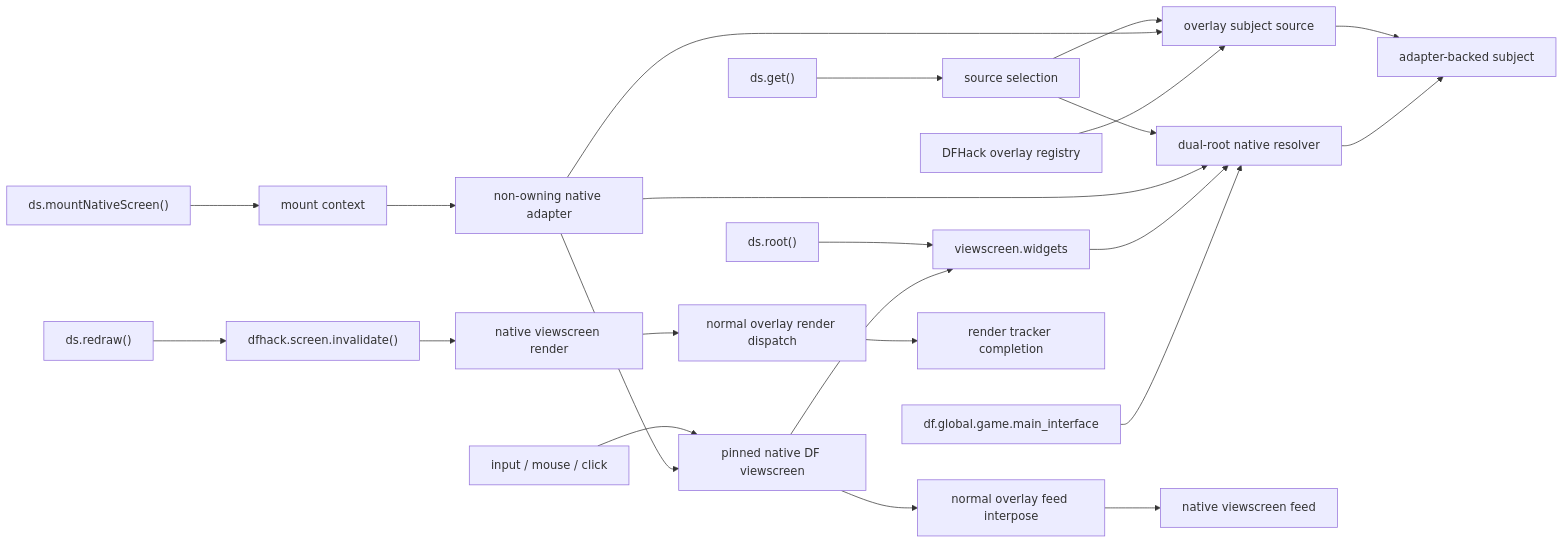
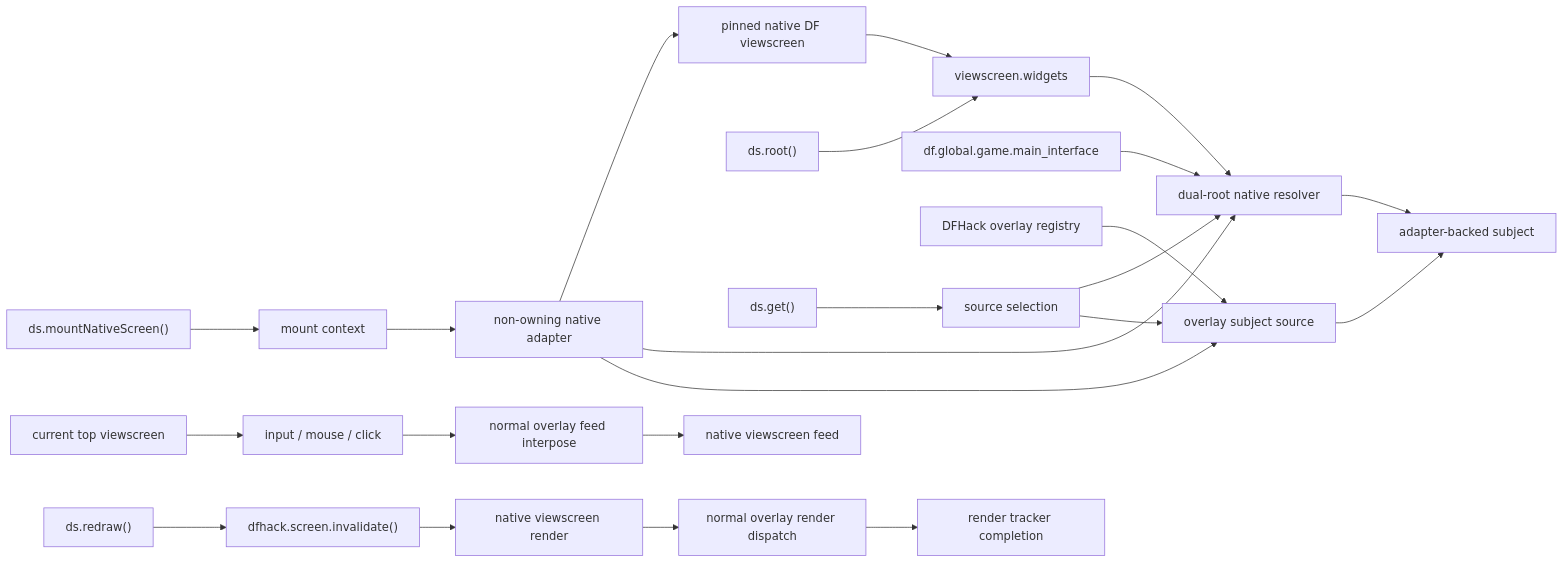
One commit to dsisco11/DwarfSpec changed the diagram in docs/non-owning-native-screen-mount-proposal.md. Above: the diagram before and after it, drawn with Mermaid. The commit also changed other lines of this file and 5 other files, not shown here.

````diff
--- a/docs/non-owning-native-screen-mount-proposal.md
+++ b/docs/non-owning-native-screen-mount-proposal.md
@@ -300,30 +300,30 @@
 ```mermaid
 flowchart LR
     Mount["ds.mountNativeScreen()"] --> Context["mount context"]
     Context --> Adapter["non-owning native adapter"]
 
     Adapter --> Screen["pinned native DF viewscreen"]
     Screen --> NativeRoot["viewscreen.widgets"]
     Game["df.global.game.main_interface"] --> NativeResolver["dual-root native resolver"]
     NativeRoot --> NativeResolver
     Adapter --> NativeResolver
 
     Registry["DFHack overlay registry"] --> OverlaySource["overlay subject source"]
     Adapter --> OverlaySource
 
     Root["ds.root()"] --> NativeRoot
     Get["ds.get()"] --> Selector["source selection"]
     Selector --> NativeResolver
     Selector --> OverlaySource
     NativeResolver --> Subject["adapter-backed subject"]
     OverlaySource --> Subject
 
-    Input["input / mouse / click"] --> Screen
-    Screen --> OverlayFeed["normal overlay feed interpose"]
+    Current["current top viewscreen"] --> Input["input / mouse / click"]
+    Input --> OverlayFeed["normal overlay feed interpose"]
     OverlayFeed --> NativeFeed["native viewscreen feed"]
 
     Redraw["ds.redraw()"] --> Invalidate["dfhack.screen.invalidate()"]
     Invalidate --> NativeRender["native viewscreen render"]
     NativeRender --> OverlayRender["normal overlay render dispatch"]
     OverlayRender --> Tracker["render tracker completion"]
 ```
````
